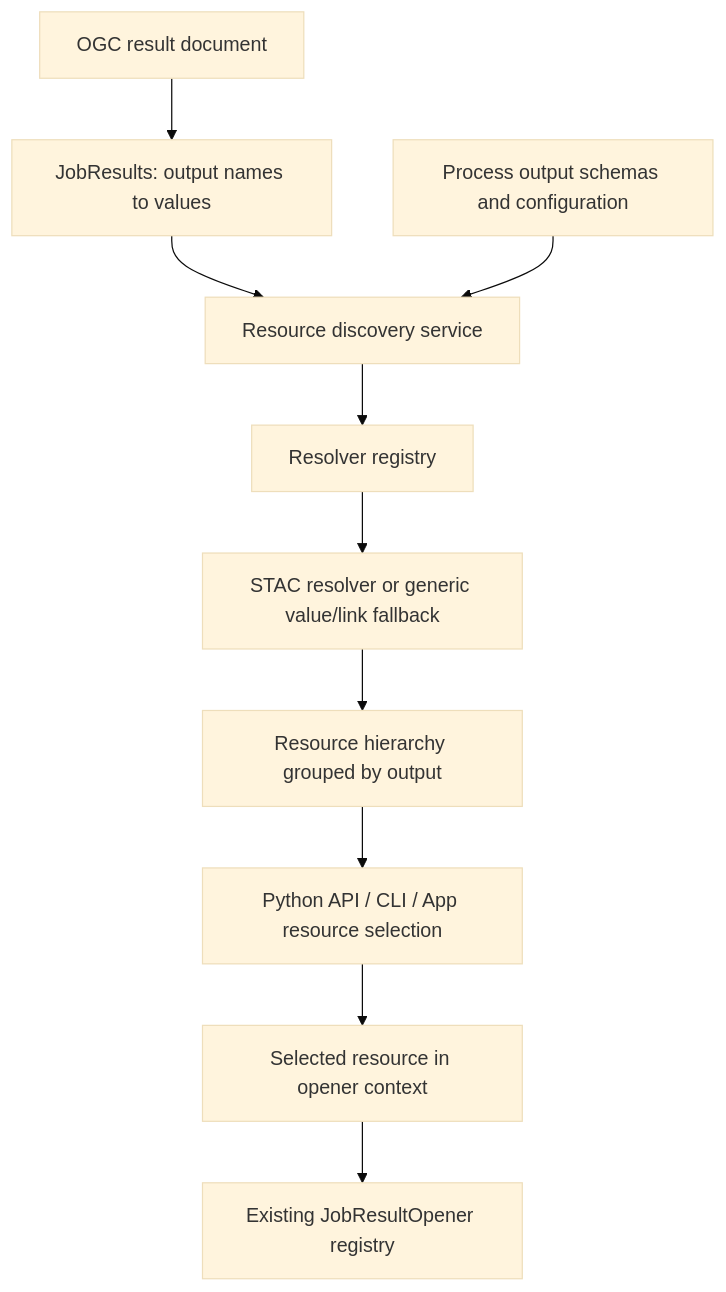
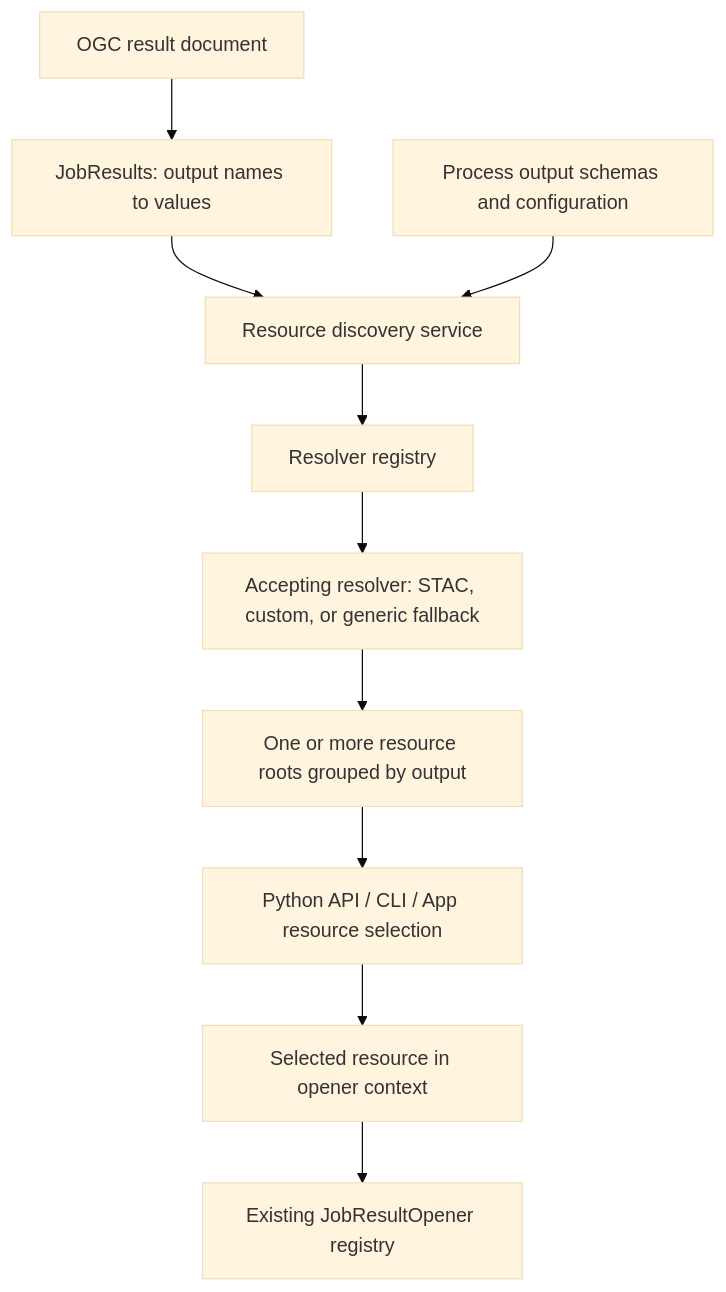
One commit to eo-tools/eozilla changed the diagram in docs/cuiman/job-result-resources.md. Above: the diagram before and after it, drawn with Mermaid (base theme). The commit also changed other lines of this file, not shown here.

Commit message:
Ensure in the spec that any output value (not only Link objects, and not only STAC objects) can potentially produce one or more JobResultResource-s.

````diff
--- a/docs/cuiman/job-result-resources.md
+++ b/docs/cuiman/job-result-resources.md
@@ -247,12 +258,12 @@
 ```mermaid
 flowchart TD
-    A[OGC result document] --> B[JobResults: output names to values]
-    B --> C[Resource discovery service]
-    D[Process output schemas and configuration] --> C
-    C --> E[Resolver registry]
-    E --> F[STAC resolver or generic value/link fallback]
-    F --> G[Resource hierarchy grouped by output]
-    G --> H[Python API / CLI / App resource selection]
-    H --> I[Selected resource in opener context]
-    I --> J[Existing JobResultOpener registry]
+    A["OGC result document"] --> B["JobResults: output names to values"]
+    B --> C["Resource discovery service"]
+    D["Process output schemas and configuration"] --> C
+    C --> E["Resolver registry"]
+    E --> F["Accepting resolver: STAC, custom, or generic fallback"]
+    F --> G["One or more resource roots grouped by output"]
+    G --> H["Python API / CLI / App resource selection"]
+    H --> I["Selected resource in opener context"]
+    I --> J["Existing JobResultOpener registry"]
 ```
````
